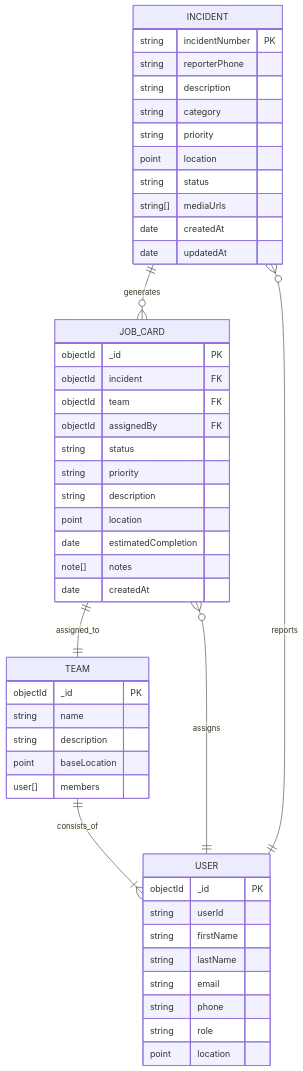
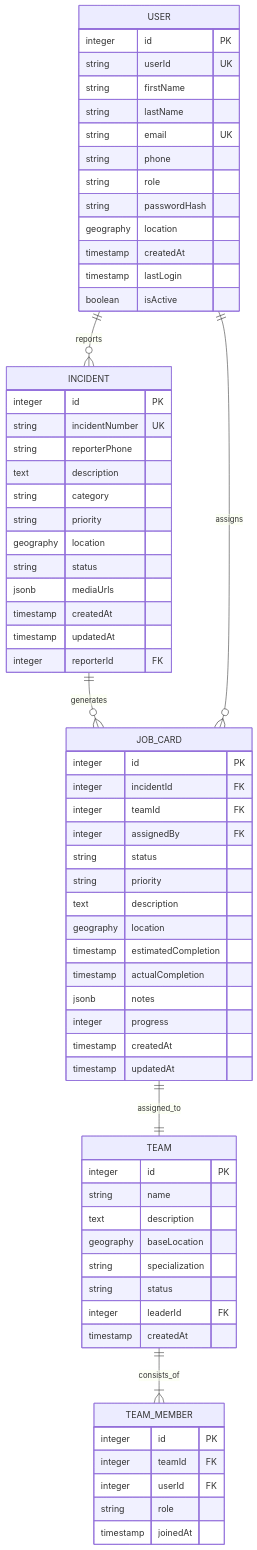
Before and after one commit to iqembulamanzi/frontend_final1: the third of 7 diagrams in docs/ARCHITECTURE.md, drawn with Mermaid. The commit also changed other lines of this file and 1415 other files, not shown here.

````diff
--- a/docs/ARCHITECTURE.md
+++ b/docs/ARCHITECTURE.md
@@ -173,53 +320,73 @@
 ```mermaid
 erDiagram
-    INCIDENT ||--o{ JOB_CARD : generates
-    INCIDENT {
-        string incidentNumber PK
-        string reporterPhone
-        string description
-        string category
-        string priority
-        point location
-        string status
-        string[] mediaUrls
-        date createdAt
-        date updatedAt
-    }
+     INCIDENT ||--o{ JOB_CARD : generates
+     INCIDENT {
+         integer id PK
+         string incidentNumber UK
+         string reporterPhone
+         text description
+         string category
+         string priority
+         geography location
+         string status
+         jsonb mediaUrls
+         timestamp createdAt
+         timestamp updatedAt
+         integer reporterId FK
+     }
 
-    JOB_CARD ||--|| TEAM : assigned_to
-    JOB_CARD {
-        objectId _id PK
-        objectId incident FK
-        objectId team FK
-        objectId assignedBy FK
-        string status
-        string priority
-        string description
-        point location
-        date estimatedCompletion
-        note[] notes
-        date createdAt
-    }
+     JOB_CARD ||--|| TEAM : assigned_to
+     JOB_CARD {
+         integer id PK
+         integer incidentId FK
+         integer teamId FK
+         integer assignedBy FK
+         string status
+         string priority
+         text description
+         geography location
+         timestamp estimatedCompletion
+         timestamp actualCompletion
+         jsonb notes
+         integer progress
+         timestamp createdAt
+         timestamp updatedAt
+     }
 
-    USER ||--o{ INCIDENT : reports
-    USER ||--o{ JOB_CARD : assigns
-    USER {
-        objectId _id PK
-        string userId
-        string firstName
-        string lastName
-        string email
-        string phone
-        string role
-        point location
-    }
+     USER ||--o{ INCIDENT : reports
+     USER ||--o{ JOB_CARD : assigns
+     USER {
+         integer id PK
+         string userId UK
+         string firstName
+         string lastName
+         string email UK
+         string phone
+         string role
+         string passwordHash
+         geography location
+         timestamp createdAt
+         timestamp lastLogin
+         boolean isActive
+     }
 
-    TEAM ||--|{ USER : consists_of
-    TEAM {
-        objectId _id PK
-        string name
-        string description
-        point baseLocation
-        user[] members
-    }
+     TEAM ||--|{ TEAM_MEMBER : consists_of
+     TEAM {
+         integer id PK
+         string name
+         text description
+         geography baseLocation
+         string specialization
+         string status
+         integer leaderId FK
+         timestamp createdAt
+     }
+
+     TEAM_MEMBER {
+         integer id PK
+         integer teamId FK
+         integer userId FK
+         string role
+         timestamp joinedAt
+     }
 ```
````
